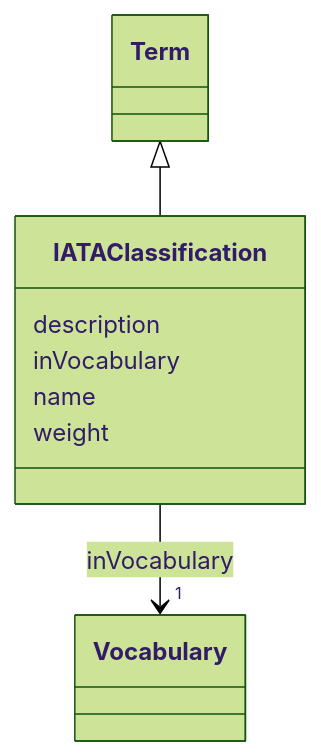
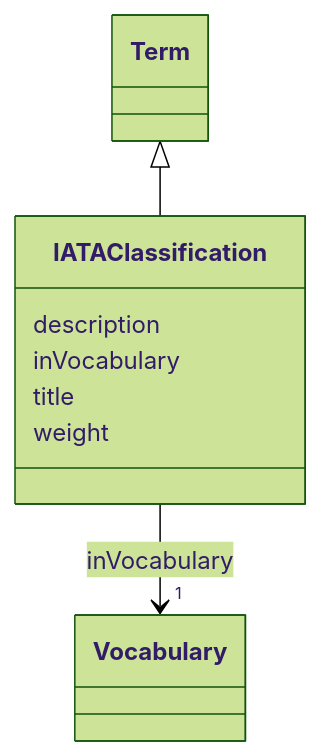
The diagram in models/docs/IATAClassification.md (EVORA-project/evora-ontology), drawn with Mermaid (forest theme) before and after one commit. The commit also changed other lines of this file and 435 other files, not shown here.

````diff
--- a/models/docs/IATAClassification.md
+++ b/models/docs/IATAClassification.md
@@ -19,24 +19,24 @@
 ```mermaid
  classDiagram
     class IATAClassification
     click IATAClassification href "../IATAClassification"
       Term <|-- IATAClassification
         click Term href "../Term"
       
       IATAClassification : description
         
       IATAClassification : inVocabulary
         
           
     
     
     IATAClassification --> "1" Vocabulary : inVocabulary
     click Vocabulary href "../Vocabulary"
 
         
-      IATAClassification : name
+      IATAClassification : title
         
       IATAClassification : weight
         
       
 ```
````
